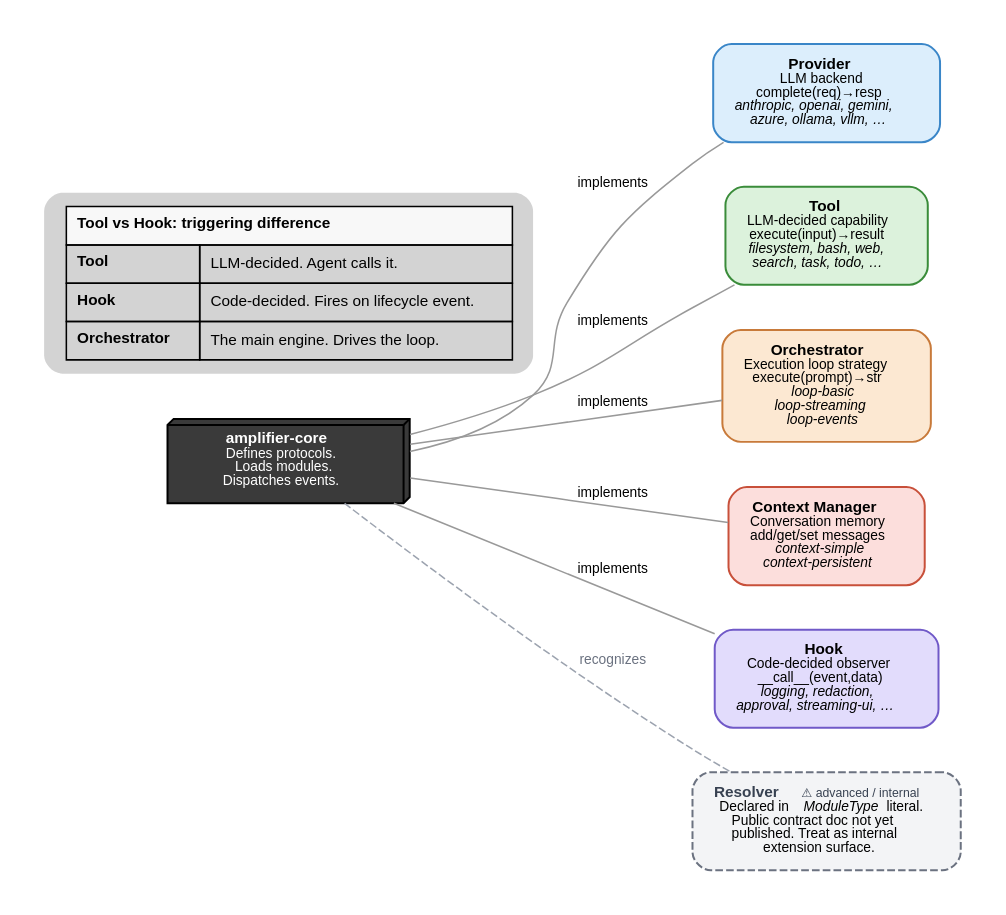
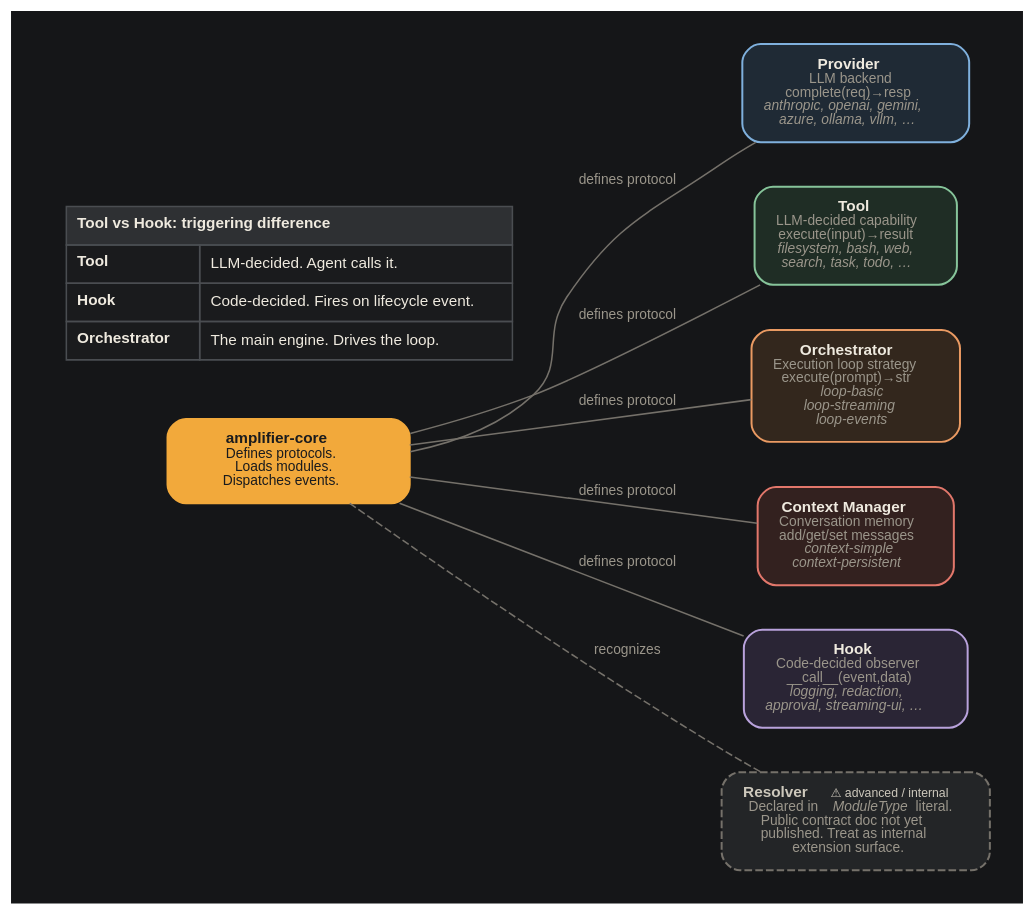
The diagram in assets/diagrams/module-types.dot (michaeljabbour/amplifier-dx), drawn with Graphviz before and after one commit. The commit also changed 24 other files, not shown here.

Commit message:
feat(diagrams): restyle diagrams to the site palette and rebuild the external-app diagram

```diff
--- a/assets/diagrams/module-types.dot
+++ b/assets/diagrams/module-types.dot
@@ -1,119 +1,125 @@
 /*
  * Amplifier Module Types
  *
  * Six module types are recognized by the kernel's ModuleType literal.
  * Five ship with public contract docs; "resolver" is recognized internally
  * but does not yet have a public contract doc.
  *
  * Sources:
  *   amplifier-core/CONTRACTS.md line 55 (ModuleType literal)
  *   amplifier-core/CONTRACTS.md lines 28–38 (Trait↔Protocol mapping)
  *   amplifier-core/context/kernel-overview.md lines 99–158
  *   amplifier-core/docs/DESIGN_PHILOSOPHY.md line 204 (six gRPC bridges)
  *
  * Verified 2026-05-02 by core:core-expert (cross-checked against
- * amplifier-app-learn/docs/state-of-amplifier-2026-05/dot/03-module-types.dot).
+ * a DOT source in a private curriculum repository).
  * Re-verified 2026-11-18 against amplifier-core 2.0.2.
  */
 digraph ModuleTypes {
     rankdir=LR;
-    bgcolor="white";
+    bgcolor="#151618";
+    fontname="Helvetica";
+    fontcolor="#cdc8bc";
     pad=0.3;
     nodesep=0.4;
     ranksep=0.6;
 
     node [
         shape=box,
+        fontcolor="#efeadf",
+        color="#4a4d51",
+        fillcolor="#232527",
         style="filled,rounded",
         fontname="Helvetica",
         fontsize=10,
         margin="0.2,0.12",
         penwidth=1.3
     ];
 
     edge [
         fontname="Helvetica",
+        fontcolor="#9b968b",
         fontsize=9,
-        color="#999999",
+        color="#75716a",
         arrowhead=none
     ];
 
     // === KERNEL ===
     kernel [
         label=<<B>amplifier-core</B><BR/><FONT POINT-SIZE="9">Defines protocols.<BR/>Loads modules.<BR/>Dispatches events.</FONT>>,
-        fillcolor="#3a3a3a",
-        fontcolor="white",
-        shape=box3d,
+        fillcolor="#f2a93b", color="#f2a93b",
+        fontcolor="#1a1b1d",
         width=2.2
     ];
 
     // === FIVE CONTRACT-DOCUMENTED TYPES ===
     provider [
-        label=<<B>Provider</B><BR/><FONT POINT-SIZE="9" COLOR="#444">LLM backend<BR/>complete(req)&rarr;resp<BR/><I>anthropic, openai, gemini,<BR/>azure, ollama, vllm, &#8230;</I></FONT>>,
-        fillcolor="#dceefc",
-        color="#3a86c8"
+        label=<<B>Provider</B><BR/><FONT POINT-SIZE="9" COLOR="#9b968b">LLM backend<BR/>complete(req)&rarr;resp<BR/><I>anthropic, openai, gemini,<BR/>azure, ollama, vllm, &#8230;</I></FONT>>,
+        fillcolor="#1f2a35",
+        color="#7fb0dd"
     ];
 
     tool [
-        label=<<B>Tool</B><BR/><FONT POINT-SIZE="9" COLOR="#444">LLM-decided capability<BR/>execute(input)&rarr;result<BR/><I>filesystem, bash, web,<BR/>search, task, todo, &#8230;</I></FONT>>,
-        fillcolor="#dcf2dc",
-        color="#3a8c3a"
+        label=<<B>Tool</B><BR/><FONT POINT-SIZE="9" COLOR="#9b968b">LLM-decided capability<BR/>execute(input)&rarr;result<BR/><I>filesystem, bash, web,<BR/>search, task, todo, &#8230;</I></FONT>>,
+        fillcolor="#1f2d25",
+        color="#86c49a"
     ];
 
     orchestrator [
-        label=<<B>Orchestrator</B><BR/><FONT POINT-SIZE="9" COLOR="#444">Execution loop strategy<BR/>execute(prompt)&rarr;str<BR/><I>loop-basic<BR/>loop-streaming<BR/>loop-events</I></FONT>>,
-        fillcolor="#fce8d2",
-        color="#c87a3a"
+        label=<<B>Orchestrator</B><BR/><FONT POINT-SIZE="9" COLOR="#9b968b">Execution loop strategy<BR/>execute(prompt)&rarr;str<BR/><I>loop-basic<BR/>loop-streaming<BR/>loop-events</I></FONT>>,
+        fillcolor="#33271d",
+        color="#ea9a62"
     ];
 
     context [
-        label=<<B>Context Manager</B><BR/><FONT POINT-SIZE="9" COLOR="#444">Conversation memory<BR/>add/get/set messages<BR/><I>context-simple<BR/>context-persistent</I></FONT>>,
-        fillcolor="#fcdedc",
-        color="#c8503a"
+        label=<<B>Context Manager</B><BR/><FONT POINT-SIZE="9" COLOR="#9b968b">Conversation memory<BR/>add/get/set messages<BR/><I>context-simple<BR/>context-persistent</I></FONT>>,
+        fillcolor="#33211f",
+        color="#e2776b"
     ];
 
     hook [
-        label=<<B>Hook</B><BR/><FONT POINT-SIZE="9" COLOR="#444">Code-decided observer<BR/>__call__(event,data)<BR/><I>logging, redaction,<BR/>approval, streaming-ui, &#8230;</I></FONT>>,
-        fillcolor="#e2dcfc",
-        color="#7059c8"
+        label=<<B>Hook</B><BR/><FONT POINT-SIZE="9" COLOR="#9b968b">Code-decided observer<BR/>__call__(event,data)<BR/><I>logging, redaction,<BR/>approval, streaming-ui, &#8230;</I></FONT>>,
+        fillcolor="#2a2535",
+        color="#b9a2dc"
     ];
 
     // === SIXTH TYPE — RECOGNIZED BUT UNDOCUMENTED ===
     resolver [
-        label=<<B>Resolver</B>  <FONT POINT-SIZE="8">⚠ advanced / internal</FONT><BR/><FONT POINT-SIZE="9" COLOR="#444">Declared in <I>ModuleType</I> literal.<BR/>Public contract doc not yet<BR/>published. Treat as internal<BR/>extension surface.</FONT>>,
-        fillcolor="#f3f4f6",
-        color="#6b7280",
+        label=<<B>Resolver</B>  <FONT POINT-SIZE="8">⚠ advanced / internal</FONT><BR/><FONT POINT-SIZE="9" COLOR="#9b968b">Declared in <I>ModuleType</I> literal.<BR/>Public contract doc not yet<BR/>published. Treat as internal<BR/>extension surface.</FONT>>,
+        fillcolor="#232527",
+        color="#75716a",
         style="rounded,filled,dashed",
-        fontcolor="#374151"
+        fontcolor="#cdc8bc"
     ];
 
     // === EDGES ===
-    kernel -> provider     [label=" implements "];
-    kernel -> tool         [label=" implements "];
-    kernel -> orchestrator [label=" implements "];
-    kernel -> context      [label=" implements "];
-    kernel -> hook         [label=" implements "];
-    kernel -> resolver     [label=" recognizes ", style=dashed, color="#9ca3af", fontcolor="#6b7280"];
+    kernel -> provider     [label=" defines protocol "];
+    kernel -> tool         [label=" defines protocol "];
+    kernel -> orchestrator [label=" defines protocol "];
+    kernel -> context      [label=" defines protocol "];
+    kernel -> hook         [label=" defines protocol "];
+    kernel -> resolver     [label=" recognizes ", style=dashed, color="#75716a", fontcolor="#9b968b"];
 
     // === DISTINCTION CALLOUT ===
     distinction [
         shape=plaintext,
-        label=<<TABLE BORDER="0" CELLBORDER="1" CELLSPACING="0" CELLPADDING="6">
+        style="",
+        label=<<TABLE BORDER="0" CELLBORDER="1" CELLSPACING="0" CELLPADDING="6" BGCOLOR="#1a1b1d" COLOR="#4a4d51">
             <TR>
-                <TD BGCOLOR="#f8f8f8" COLSPAN="2" ALIGN="LEFT"><B>Tool vs Hook: triggering difference</B></TD>
+                <TD BGCOLOR="#2e3033" COLSPAN="2" ALIGN="LEFT"><B>Tool vs Hook: triggering difference</B></TD>
             </TR>
             <TR>
                 <TD ALIGN="LEFT"><B>Tool</B></TD>
                 <TD ALIGN="LEFT">LLM-decided. Agent calls it.</TD>
             </TR>
             <TR>
                 <TD ALIGN="LEFT"><B>Hook</B></TD>
                 <TD ALIGN="LEFT">Code-decided. Fires on lifecycle event.</TD>
             </TR>
             <TR>
                 <TD ALIGN="LEFT"><B>Orchestrator</B></TD>
                 <TD ALIGN="LEFT">The main engine. Drives the loop.</TD>
             </TR>
         </TABLE>>
     ];
 }
```
